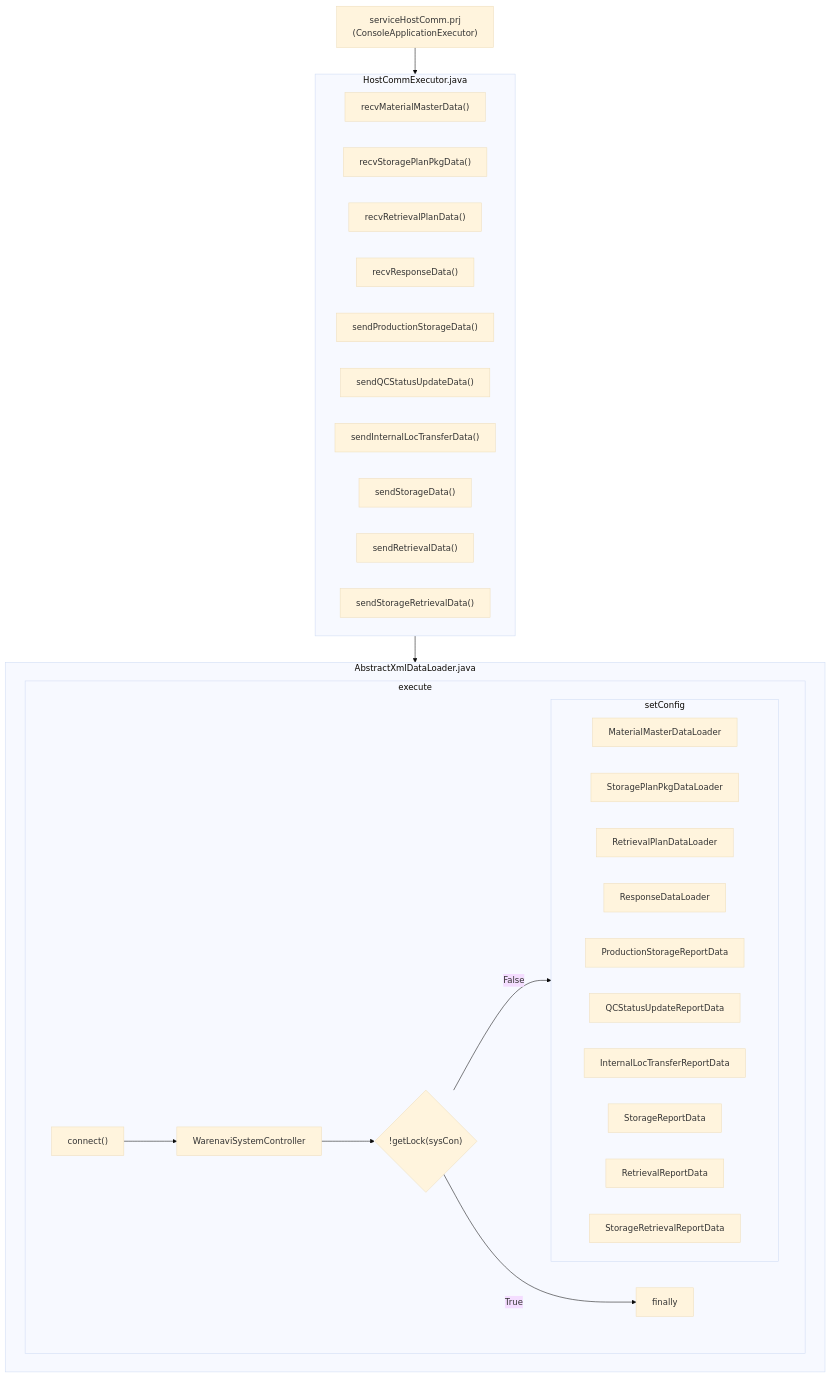
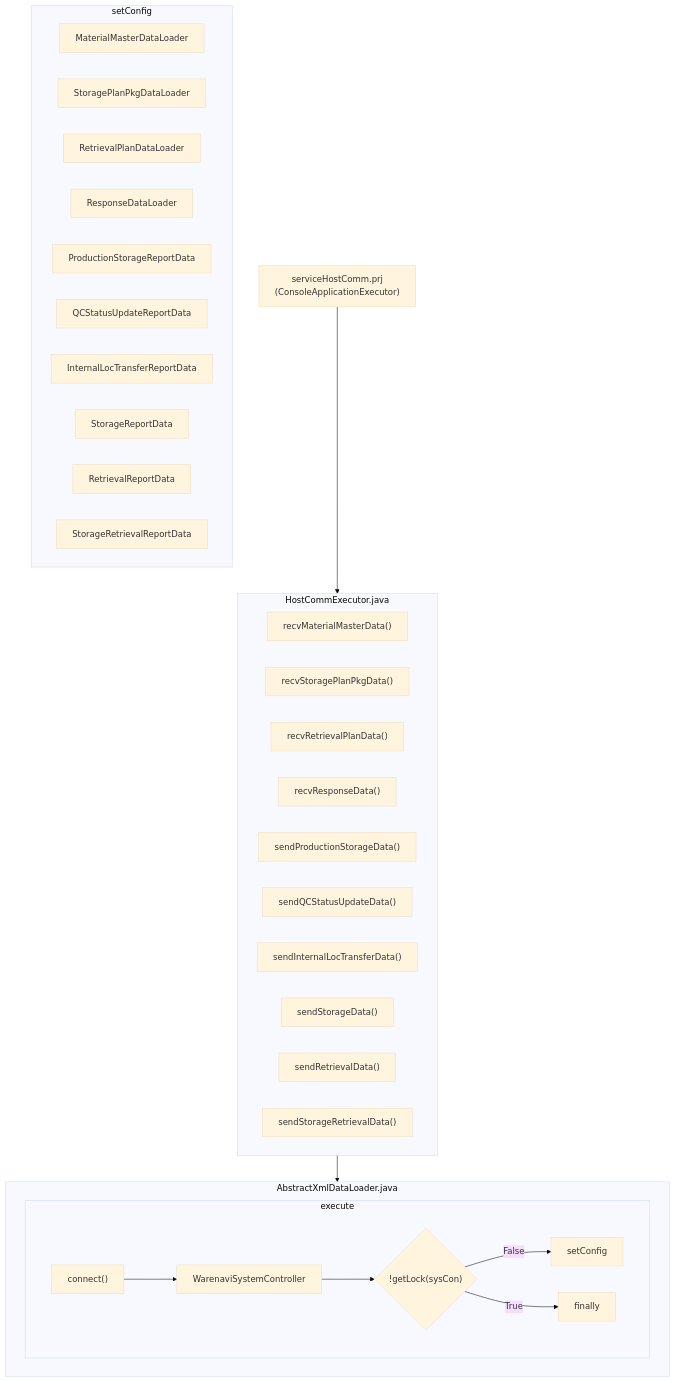
Before and after one commit to luthfiadityaa/SimeDarby-Wiki: the diagram in Basic-Design/Host-Interfaces.md, drawn with Mermaid (base theme).

Commit message:
Updated Host Interfaces

```diff
--- a/Basic-Design/Host-Interfaces.md
+++ b/Basic-Design/Host-Interfaces.md
@@ -30,51 +30,52 @@
 ::: mermaid
 flowchart TD
  C1["serviceHostComm.prj<br>(ConsoleApplicationExecutor)"]           
  C1 --> HostCommExecutor.java
  AbstractXmlDataLoader.java
  HostCommExecutor.java --> AbstractXmlDataLoader.java
 
 subgraph HostCommExecutor.java
  C2["recvMaterialMasterData()"]
  C3["recvStoragePlanPkgData()"]
  C4["recvRetrievalPlanData()"]
  C5["recvResponseData()"]
  C6["sendProductionStorageData()"]
  C7["sendQCStatusUpdateData()"]
  C8["sendInternalLocTransferData()"]
  C9["sendStorageData()"]
  C10["sendRetrievalData()"]
  C11["sendStorageRetrievalData()"]
 end
 
 subgraph AbstractXmlDataLoader.java
  execute        
 end
 
 subgraph execute
  C13["connect()"]
  C14["WarenaviSystemController"]
  
  Cond1{"!getLock(sysCon)"} 
 
+ C16["setConfig"]
  C15["finally"]
 
  C13 --> C14 --> Cond1
- Cond1 --> |False| setConfig
+ Cond1 --> |False| C16
  Cond1 --> |True| C15   
 end
 
 subgraph setConfig
  C21["MaterialMasterDataLoader"]
  C22["StoragePlanPkgDataLoader"]
  C23["RetrievalPlanDataLoader"]
  C24["ResponseDataLoader"]
  C25["ProductionStorageReportData"]
  C26["QCStatusUpdateReportData"]
  C27["InternalLocTransferReportData"]
  C28["StorageReportData"]
  C29["RetrievalReportData"]
  C30["StorageRetrievalReportData"]        
 end
 
 :::
```
